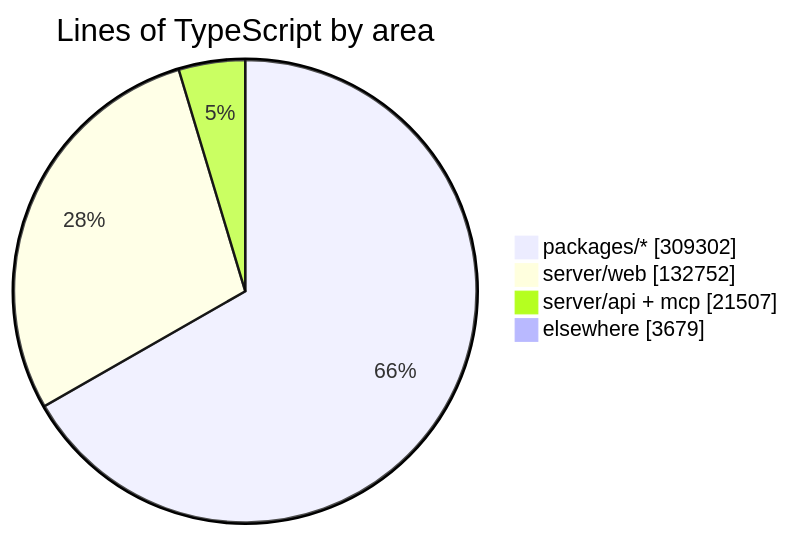
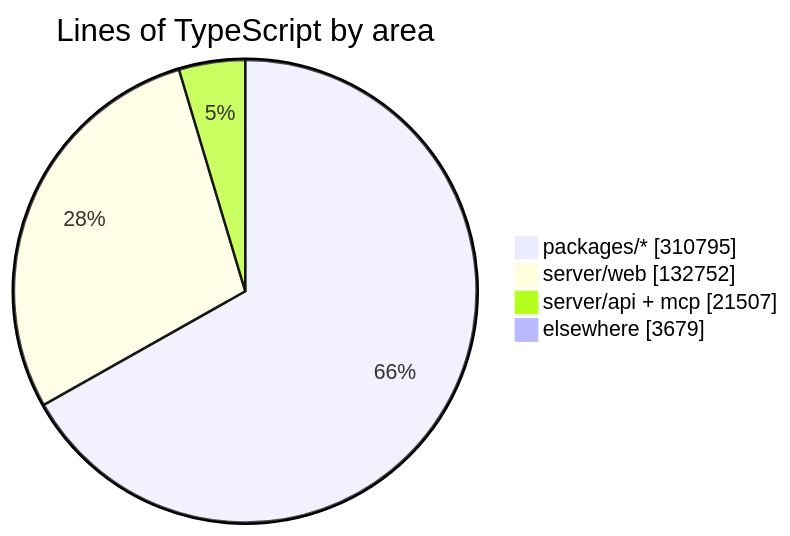
Before and after one commit to crossworks-engineering/mantle: the diagram in README.md, drawn with Mermaid. The commit also changed other lines of this file and 2 other files, not shown here.

````diff
--- a/README.md
+++ b/README.md
@@ -294,7 +294,7 @@
 ```mermaid
 pie showData title Lines of TypeScript by area
-    "packages/*" : 309302
+    "packages/*" : 310795
     "server/web" : 132752
     "server/api + mcp" : 21507
     "elsewhere" : 3679
 ```
````
